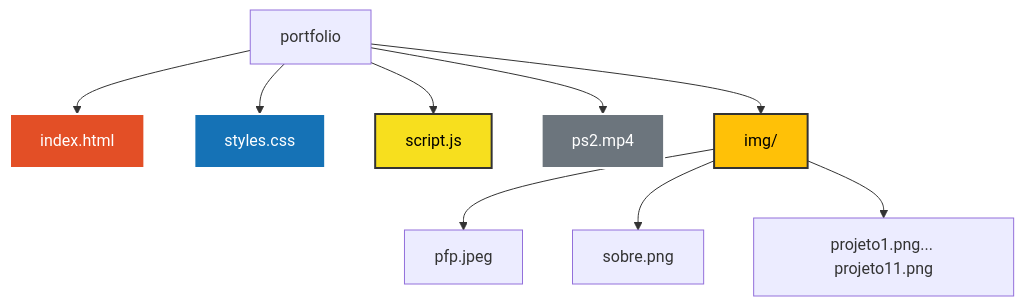
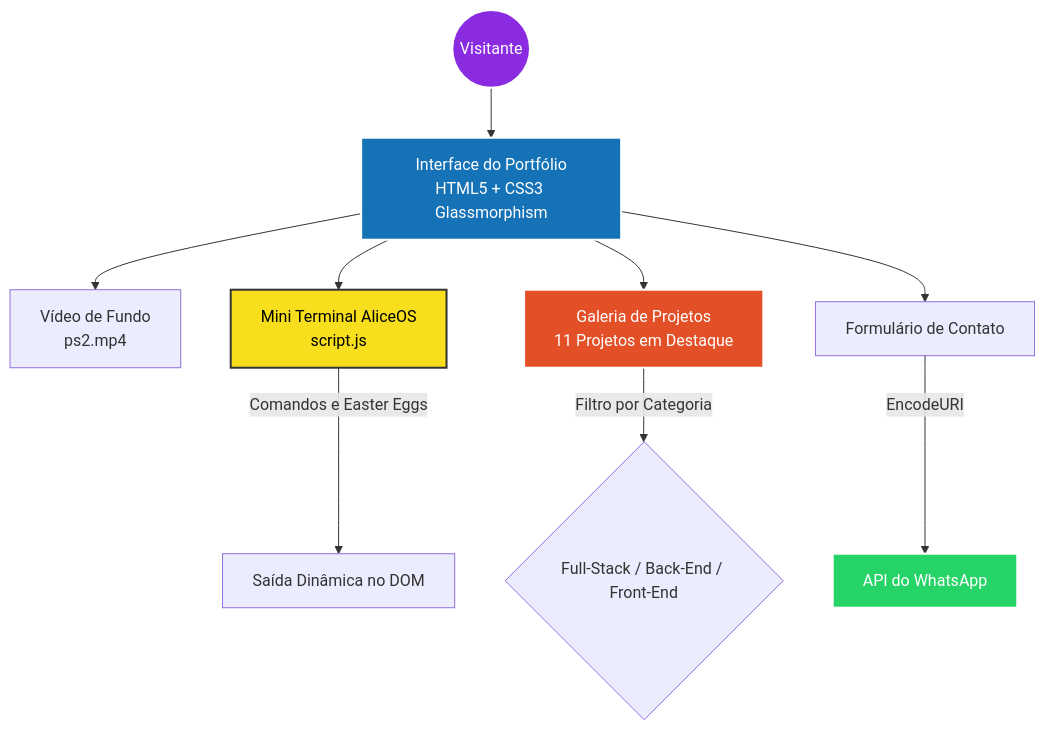
Before and after one commit to AliceSilva2012/portfolio: the diagram in README.md, drawn with Mermaid. The commit also changed other lines of this file, not shown here.

Commit message:
Update README with content and formatting improvements

````diff
--- a/README.md
+++ b/README.md
@@ -82,17 +76,19 @@
 ```mermaid
-graph TD
-    A[portfolio] --> B[index.html]
-    A --> C[styles.css]
-    A --> D[script.js]
-    A --> E[ps2.mp4]
-    A --> F[img/]
-    F --> G[pfp.jpeg]
-    F --> H[sobre.png]
-    F --> I[projeto1.png... projeto11.png]
+flowchart TD
+    User((Visitante)) --> UI[Interface do Portfólio<br/>HTML5 + CSS3 Glassmorphism]
+    
+    UI --> BG[Vídeo de Fundo<br/>ps2.mp4]
+    UI --> Term[Mini Terminal AliceOS<br/>script.js]
+    UI --> Grid[Galeria de Projetos<br/>11 Projetos em Destaque]
+    UI --> Form[Formulário de Contato]
 
-    style B fill:#e34f26,stroke:#fff,stroke-width:2px,color:#fff
-    style C fill:#1572b6,stroke:#fff,stroke-width:2px,color:#fff
-    style D fill:#f7df1e,stroke:#333,stroke-width:2px,color:#000
-    style E fill:#6c757d,stroke:#fff,stroke-width:2px,color:#fff
-    style F fill:#ffc107,stroke:#333,stroke-width:2px,color:#000
+    Term -->|Comandos e Easter Eggs| Out[Saída Dinâmica no DOM]
+    Grid -->|Filtro por Categoria| Filter{Full-Stack / Back-End / Front-End}
+    Form -->|EncodeURI| WA[API do WhatsApp]
+
+    style User fill:#8A2BE2,stroke:#fff,stroke-width:2px,color:#fff
+    style UI fill:#1572B6,stroke:#fff,stroke-width:2px,color:#fff
+    style Term fill:#F7DF1E,stroke:#333,stroke-width:2px,color:#000
+    style Grid fill:#E34F26,stroke:#fff,stroke-width:2px,color:#fff
+    style WA fill:#25D366,stroke:#fff,stroke-width:2px,color:#fff
 ```
````
